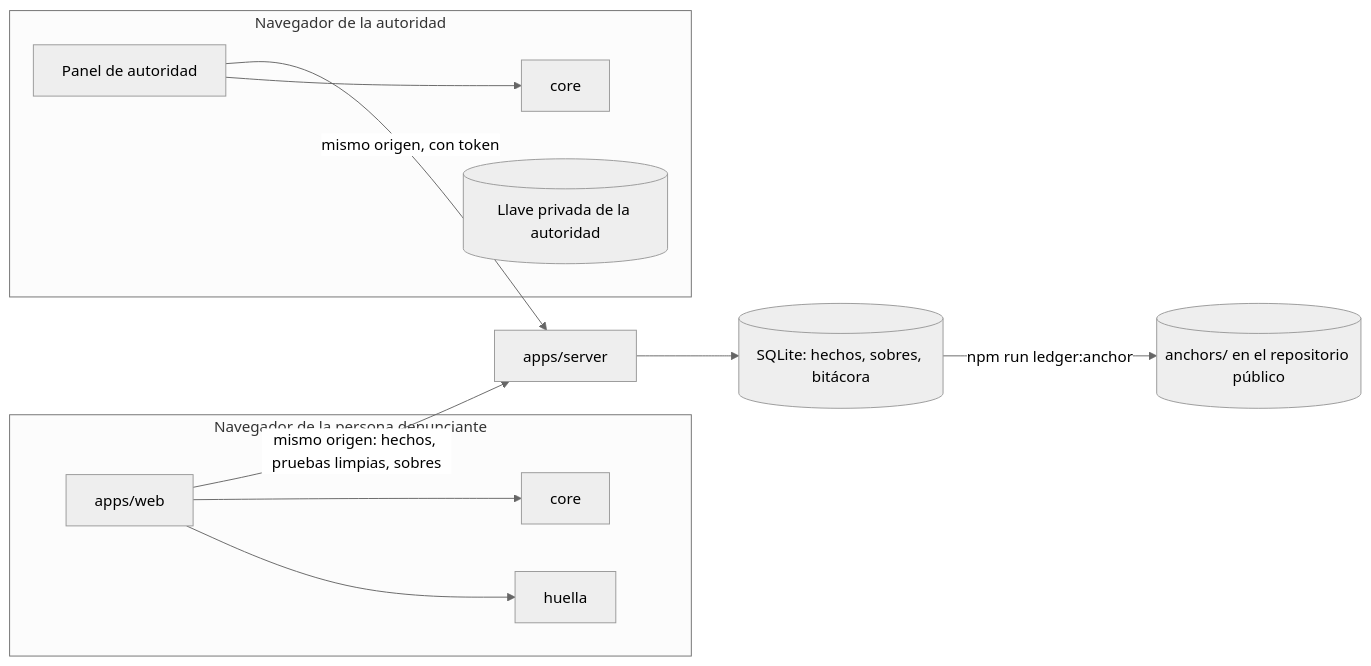
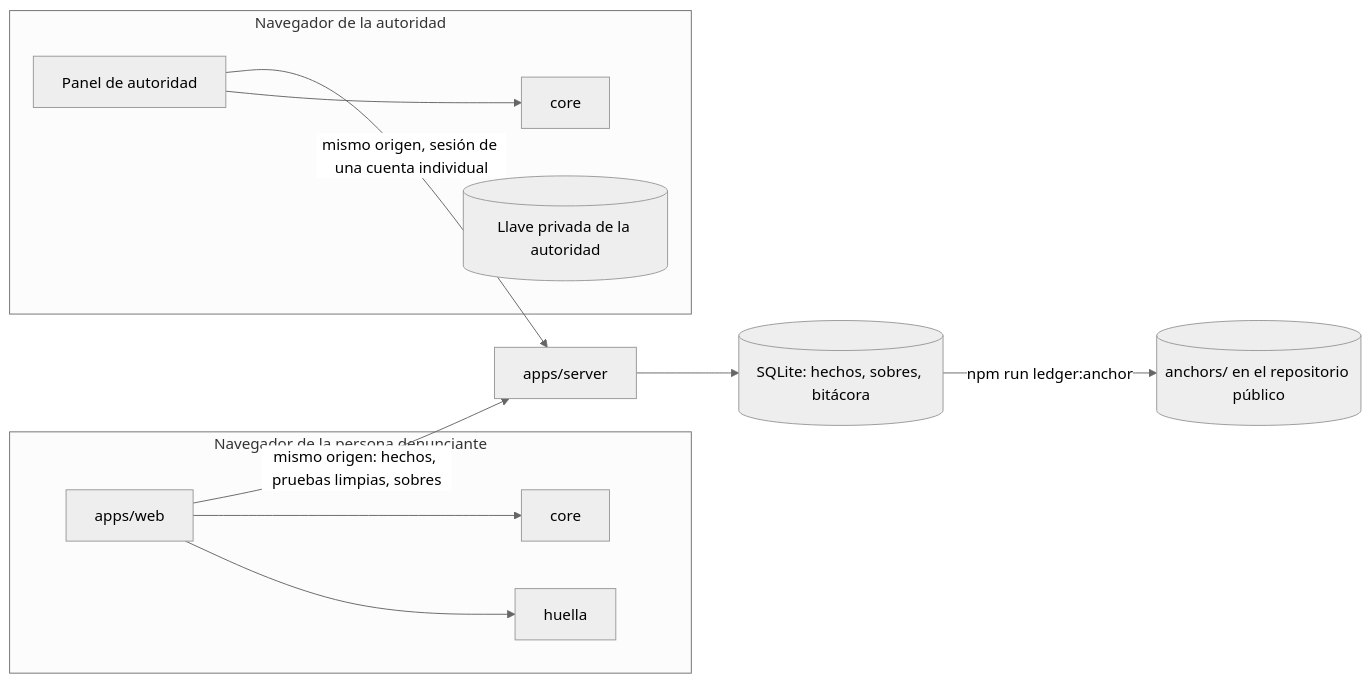
Before and after one commit to GuilleOp/sigilo-s5: the first of 6 diagrams in docs/arquitectura.md, drawn with Mermaid (neutral theme). The commit also changed other lines of this file and 653 other files, not shown here.

````diff
--- a/docs/arquitectura.md
+++ b/docs/arquitectura.md
@@ -18,15 +20,15 @@
 ```mermaid
 flowchart LR
   subgraph Navegador_denunciante[Navegador de la persona denunciante]
     W[apps/web] --> H[huella]
     W --> C[core]
   end
   subgraph Navegador_autoridad[Navegador de la autoridad]
     P[Panel de autoridad] --> C2[core]
     K[(Llave privada de la autoridad)]
   end
   W -- mismo origen: hechos, pruebas limpias, sobres --> S[apps/server]
-  P -- mismo origen, con token --> S
+  P -- mismo origen, sesión de una cuenta individual --> S
   S --> DB[(SQLite: hechos, sobres, bitácora)]
   DB -- npm run ledger:anchor --> A[(anchors/ en el repositorio público)]
 ```
````
